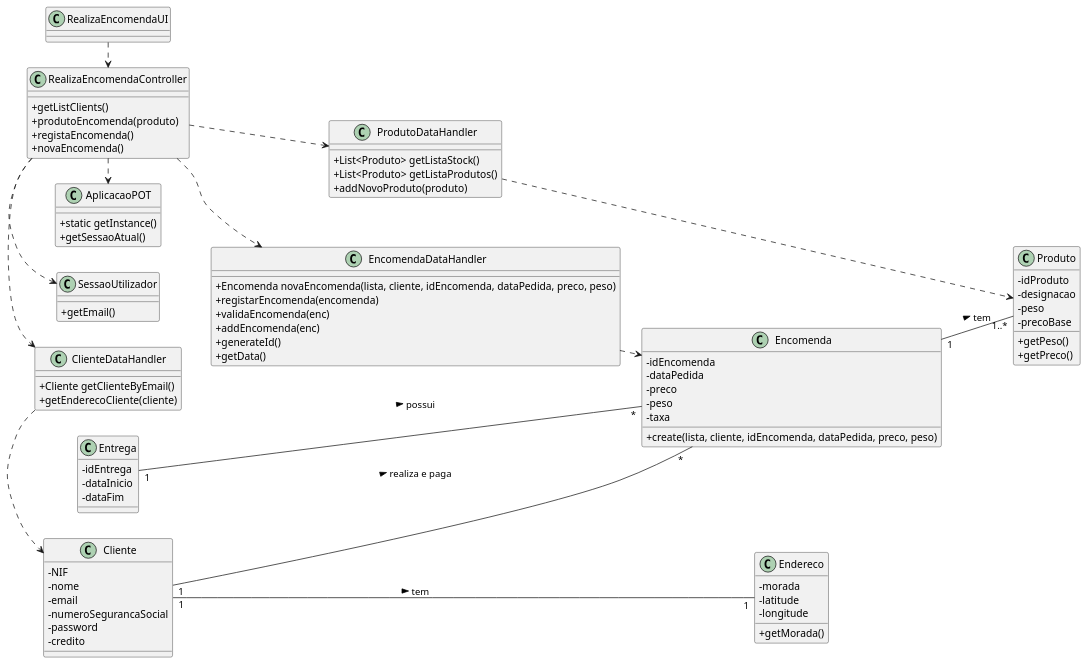
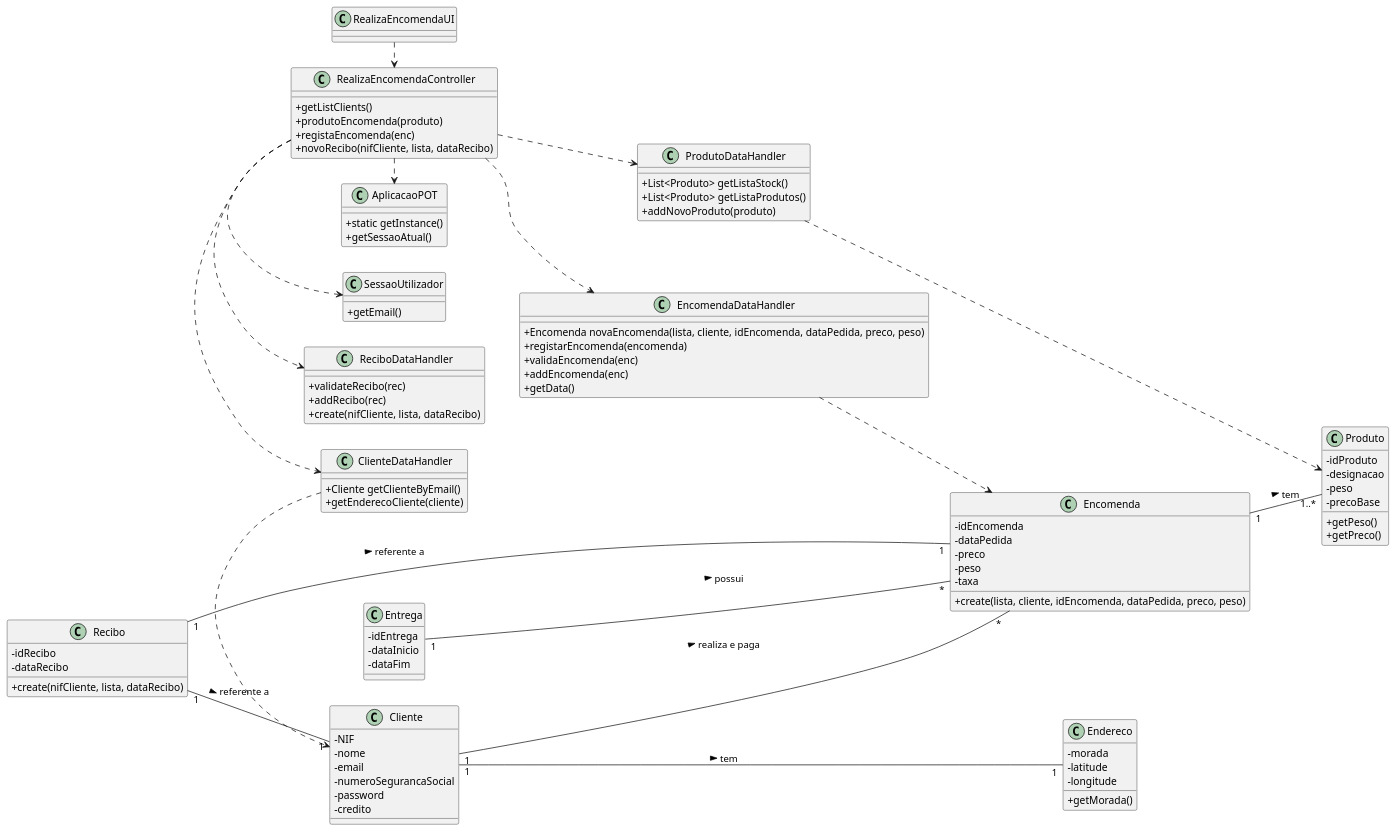
Before and after one commit to pedrolemos4/LAPR3: the diagram in docs/UC25/CD.puml, drawn with PlantUML. The commit also changed 3 other files, not shown here.

```diff
--- a/docs/UC25/CD.puml
+++ b/docs/UC25/CD.puml
@@ -1,106 +1,118 @@
 @startuml
 skinparam classAttributeIconSize 0
 left to right direction
 
 
 class RealizaEncomendaUI {
     
 }
 
 class RealizaEncomendaController {
     +getListClients()
     +produtoEncomenda(produto)
-    +registaEncomenda()
-    +novaEncomenda()
+    +registaEncomenda(enc)
+    +novoRecibo(nifCliente, lista, dataRecibo)
 }
 
 class ClienteDataHandler {
     +Cliente getClienteByEmail()
     +getEnderecoCliente(cliente)
+}
+
+class ReciboDataHandler {
+    +validateRecibo(rec)
+    +addRecibo(rec)
+    +create(nifCliente, lista, dataRecibo)
 }
 
 class ProdutoDataHandler {
     +List<Produto> getListaStock()
     +List<Produto> getListaProdutos()
     +addNovoProduto(produto)
 }
 
 class EncomendaDataHandler {
     +Encomenda novaEncomenda(lista, cliente, idEncomenda, dataPedida, preco, peso)
     +registarEncomenda(encomenda)
     +validaEncomenda(enc)
     +addEncomenda(enc)
-    +generateId()
     +getData()
 }
 
-class AplicacaoPOT
-{
+class AplicacaoPOT{
   +static getInstance()
   +getSessaoAtual()
 }
 
 class SessaoUtilizador{
   +getEmail()
 }
 
 
 
 class Entrega {
   -idEntrega
   -dataInicio
   -dataFim
+}
+
+class Recibo {
+  -idRecibo
+  -dataRecibo
+  +create(nifCliente, lista, dataRecibo)
 }
 
 class Encomenda {
   -idEncomenda
   -dataPedida
   -preco
   -peso
   -taxa
   +create(lista, cliente, idEncomenda, dataPedida, preco, peso)
 }
 
 class Produto {
     -idProduto
     -designacao
     -peso
     -precoBase
     +getPeso()
     +getPreco()
 }
 
 class Endereco {
   -morada
   -latitude
   -longitude
   +getMorada()
 }
 
 class Cliente {
   -NIF
   -nome
   -email
   -numeroSegurancaSocial
   -password
   -credito
 }
 
 RealizaEncomendaUI .> RealizaEncomendaController
 RealizaEncomendaController .> SessaoUtilizador
 RealizaEncomendaController .> AplicacaoPOT
 RealizaEncomendaController .> ClienteDataHandler
 RealizaEncomendaController .> ProdutoDataHandler
 RealizaEncomendaController .> EncomendaDataHandler
+RealizaEncomendaController .> ReciboDataHandler
 
 ClienteDataHandler .> Cliente
 ProdutoDataHandler .> Produto
 EncomendaDataHandler .> Encomenda
 
-
+Recibo "1" -- "1" Encomenda: referente a >
+Recibo "1" -- "1" Cliente: referente a >
 Entrega "1" -- "*" Encomenda : possui >
 Cliente "1" -- "*" Encomenda: realiza e paga >
 Encomenda "1" -- "1..*" Produto: tem >
 Cliente "1" -- "1" Endereco: tem >
 
 @enduml
```
